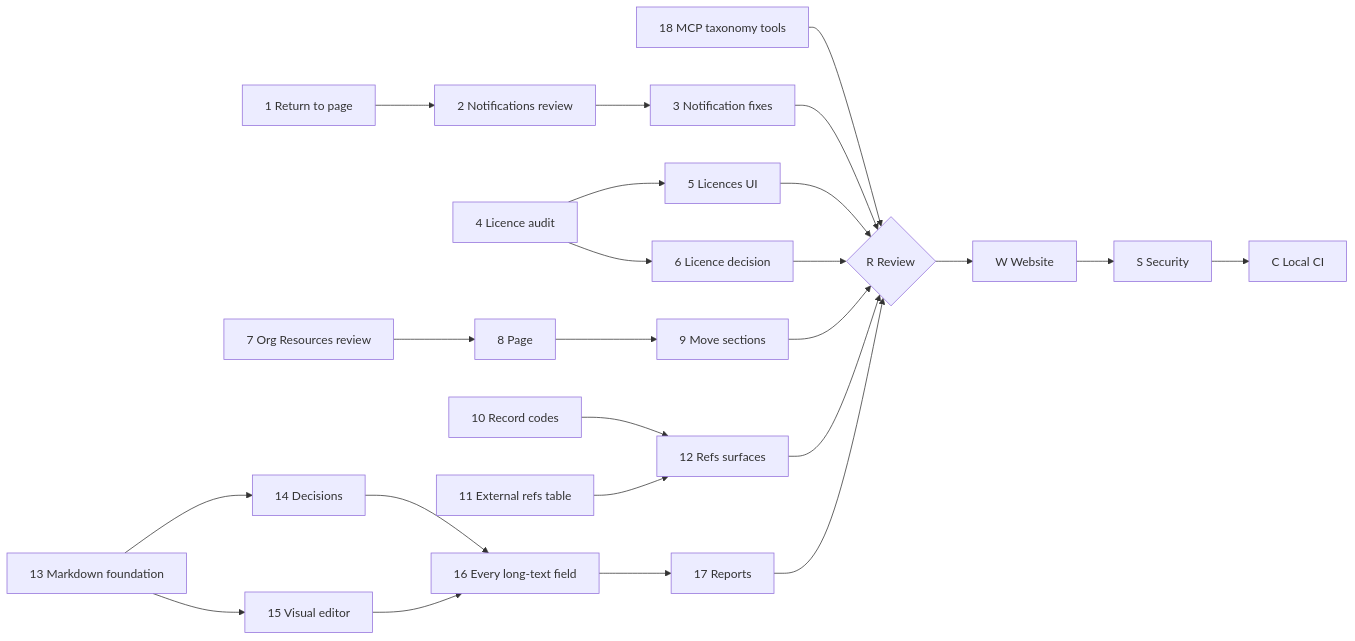
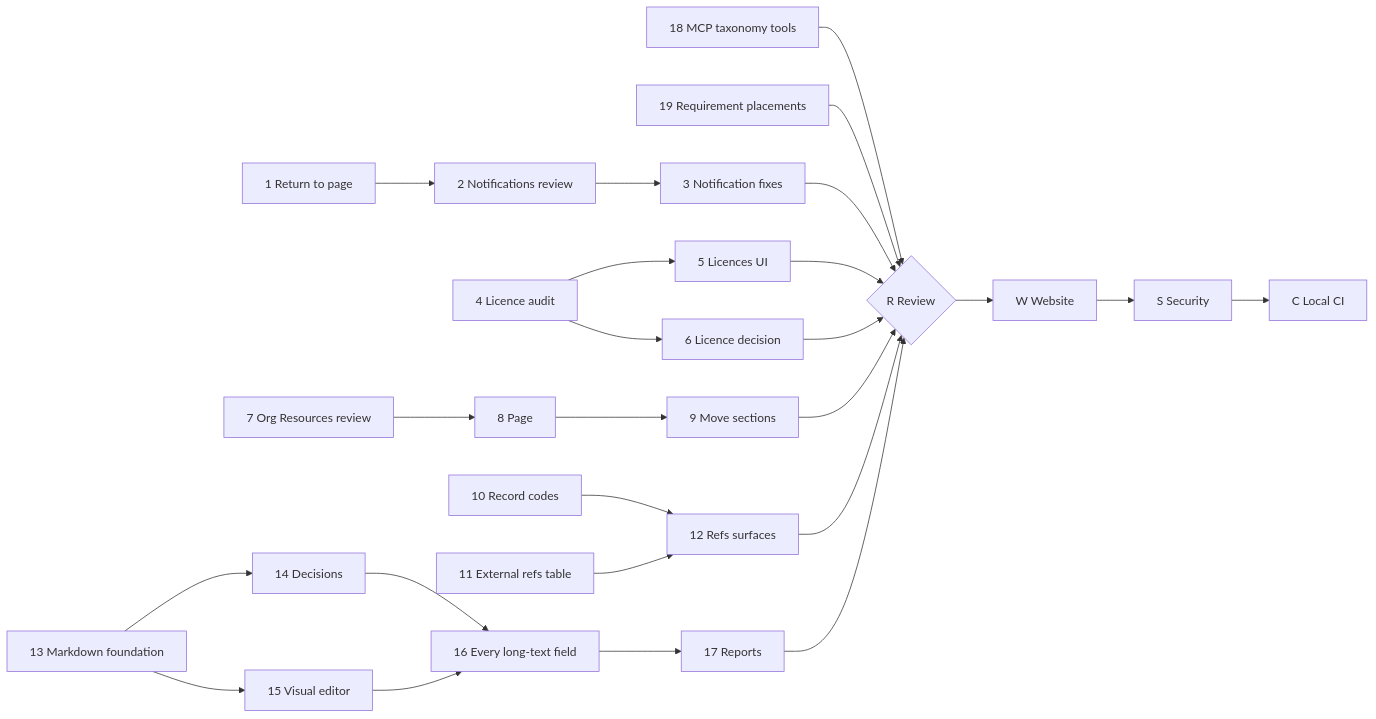
Before and after one commit to ballardr/reqtrackmanager: the diagram in docs/plans/platform-review-2026-11-19-plan.md, drawn with Mermaid. The commit also changed other lines of this file and 2 other files, not shown here.

````diff
--- a/docs/plans/platform-review-2026-11-19-plan.md
+++ b/docs/plans/platform-review-2026-11-19-plan.md
@@ -36,23 +37,24 @@
 ```mermaid
 flowchart LR
     P1["1 Return to page"] --> P2["2 Notifications review"]
     P2 --> P3["3 Notification fixes"]
     P4["4 Licence audit"] --> P5["5 Licences UI"]
     P4 --> P6["6 Licence decision"]
     P7["7 Org Resources review"] --> P8["8 Page"] --> P9["9 Move sections"]
     P10["10 Record codes"] --> P12["12 Refs surfaces"]
     P11["11 External refs table"] --> P12
     P13["13 Markdown foundation"] --> P14["14 Decisions"]
     P13 --> P15["15 Visual editor"]
     P14 --> P16["16 Every long-text field"]
     P15 --> P16
     P16 --> P17["17 Reports"]
     P18["18 MCP taxonomy tools"] --> R
+    P19["19 Requirement placements"] --> R
     P3 --> R{"R Review"}
     P5 --> R
     P6 --> R
     P9 --> R
     P12 --> R
     P17 --> R
     R --> W["W Website"] --> S["S Security"] --> C["C Local CI"]
 ```
````
